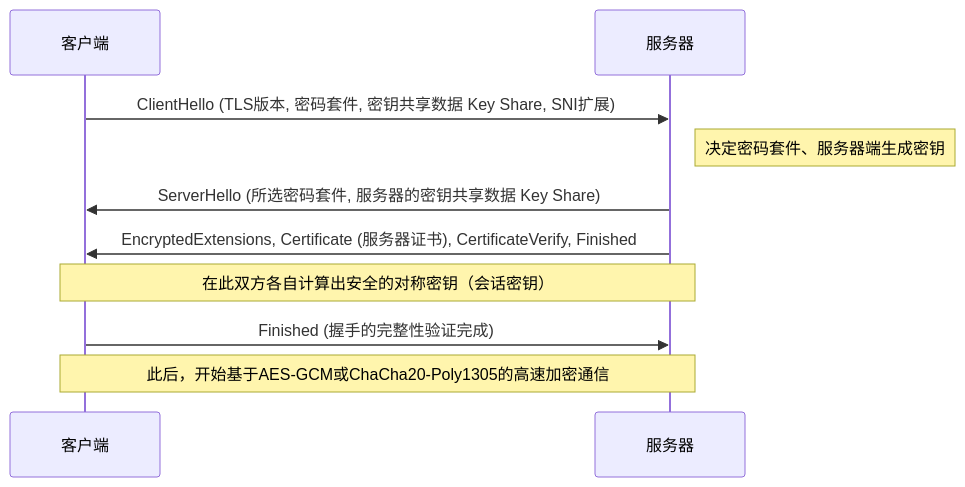
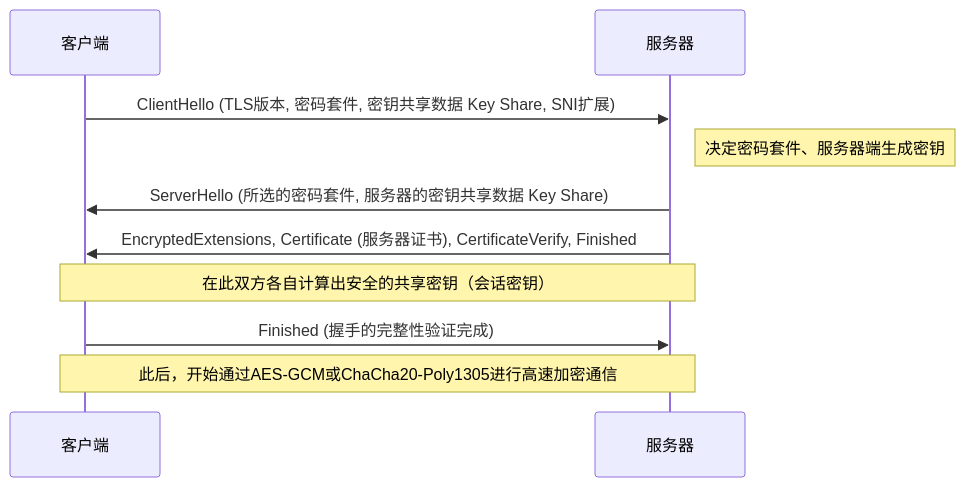
One commit to kenjinote/blog changed the tenth of 18 diagrams in content/post/how-the-internet-works-comprehensive-guide/index.zh-cn.md. Above: the diagram before and after it, drawn with Mermaid. The commit also changed other lines of this file, not shown here.

````diff
--- a/content/post/how-the-internet-works-comprehensive-guide/index.zh-cn.md
+++ b/content/post/how-the-internet-works-comprehensive-guide/index.zh-cn.md
@@ -586,13 +632,13 @@
 ```mermaid
 sequenceDiagram
     participant Client as 客户端
     participant Server as 服务器
 
     Client->>Server: ClientHello (TLS版本, 密码套件, 密钥共享数据 Key Share, SNI扩展)
     note right of Server: 决定密码套件、服务器端生成密钥
-    Server->>Client: ServerHello (所选密码套件, 服务器的密钥共享数据 Key Share)
+    Server->>Client: ServerHello (所选的密码套件, 服务器的密钥共享数据 Key Share)
     Server->>Client: EncryptedExtensions, Certificate (服务器证书), CertificateVerify, Finished
-    note over Client,Server: 在此双方各自计算出安全的对称密钥（会话密钥）
+    note over Client,Server: 在此双方各自计算出安全的共享密钥（会话密钥）
     Client->>Server: Finished (握手的完整性验证完成)
-    note over Client,Server: 此后，开始基于AES-GCM或ChaCha20-Poly1305的高速加密通信
+    note over Client,Server: 此后，开始通过AES-GCM或ChaCha20-Poly1305进行高速加密通信
 ```
````
